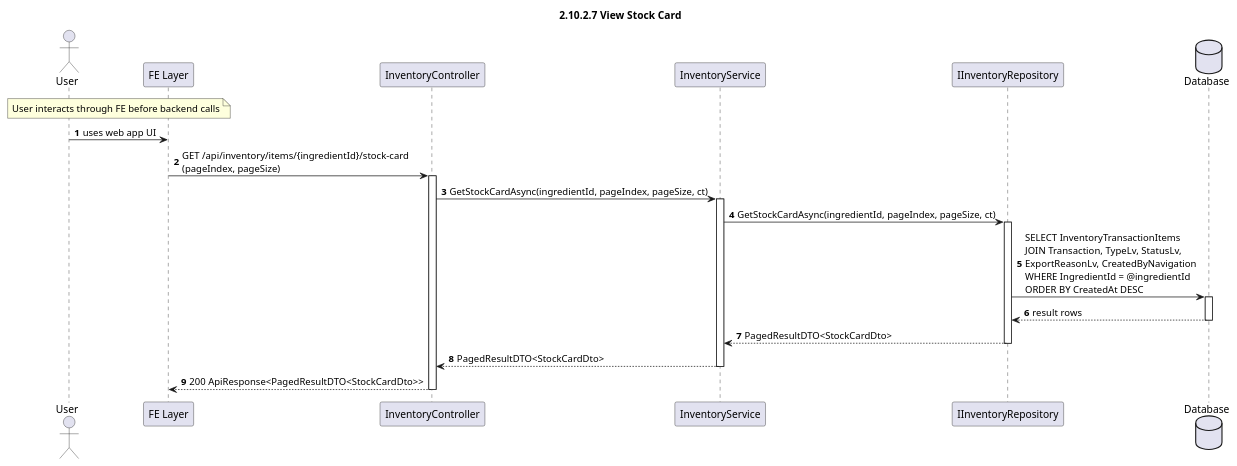
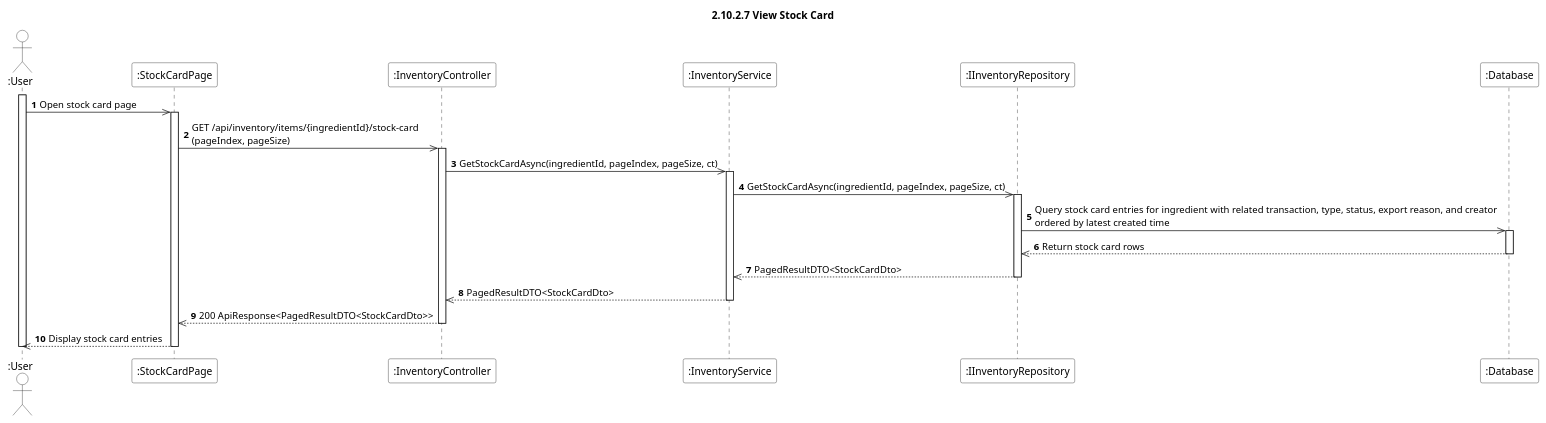
Before and after one commit to aulacvietnameseeatery-source/aulac_be: the diagram in Docs/Software Design Specification/Inventory Management/sequence-diagrams/2.10.2.7-view-stock-card.puml, drawn with PlantUML. The commit also changed 27 other files, not shown here.

First line of the commit message:
Refactor sequence diagrams for Inventory and Shift Management

```diff
--- a/Docs/Software Design Specification/Inventory Management/sequence-diagrams/2.10.2.7-view-stock-card.puml
+++ b/Docs/Software Design Specification/Inventory Management/sequence-diagrams/2.10.2.7-view-stock-card.puml
@@ -1,33 +1,41 @@
 @startuml
 autonumber
 title 2.10.2.7 View Stock Card
+skinparam sequence {
+	ParticipantBackgroundColor #ffffff
+	ActorBackgroundColor #ffffff
+}
 
-actor User as U
-participant "FE Layer" as Client
-note over U, Client : User interacts through FE before backend calls
-U -> Client : uses web app UI
-participant "InventoryController" as Ctrl
-participant "InventoryService" as Svc
-participant "IInventoryRepository" as Repo
-database "Database" as DB
+actor ":User" as U
+participant ":StockCardPage" as Client
+participant ":InventoryController" as Ctrl
+participant ":InventoryService" as Svc
+participant ":IInventoryRepository" as Repo
+participant ":Database" as DB
 
-Client -> Ctrl : GET /api/inventory/items/{ingredientId}/stock-card\n(pageIndex, pageSize)
+activate U
+U ->> Client : Open stock card page
+activate Client
+Client ->> Ctrl : GET /api/inventory/items/{ingredientId}/stock-card\n(pageIndex, pageSize)
 activate Ctrl
-Ctrl -> Svc : GetStockCardAsync(ingredientId, pageIndex, pageSize, ct)
+Ctrl ->> Svc : GetStockCardAsync(ingredientId, pageIndex, pageSize, ct)
 activate Svc
 
-Svc -> Repo : GetStockCardAsync(ingredientId, pageIndex, pageSize, ct)
+Svc ->> Repo : GetStockCardAsync(ingredientId, pageIndex, pageSize, ct)
 activate Repo
-Repo -> DB : SELECT InventoryTransactionItems\nJOIN Transaction, TypeLv, StatusLv,\nExportReasonLv, CreatedByNavigation\nWHERE IngredientId = @ingredientId\nORDER BY CreatedAt DESC
+Repo ->> DB : Query stock card entries for ingredient with related transaction, type, status, export reason, and creator\nordered by latest created time
 activate DB
-DB --> Repo : result rows
+DB -->> Repo : Return stock card rows
 deactivate DB
-Repo --> Svc : PagedResultDTO<StockCardDto>
+Repo -->> Svc : PagedResultDTO<StockCardDto>
 deactivate Repo
 
-Svc --> Ctrl : PagedResultDTO<StockCardDto>
+Svc -->> Ctrl : PagedResultDTO<StockCardDto>
 deactivate Svc
-Ctrl --> Client : 200 ApiResponse<PagedResultDTO<StockCardDto>>
+Ctrl -->> Client : 200 ApiResponse<PagedResultDTO<StockCardDto>>
 deactivate Ctrl
+Client -->> U : Display stock card entries
+deactivate Client
+deactivate U
 
 @enduml
```
